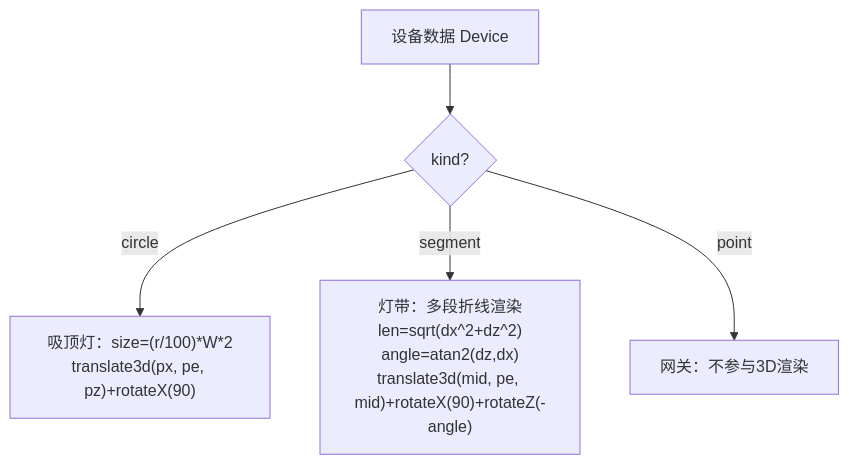
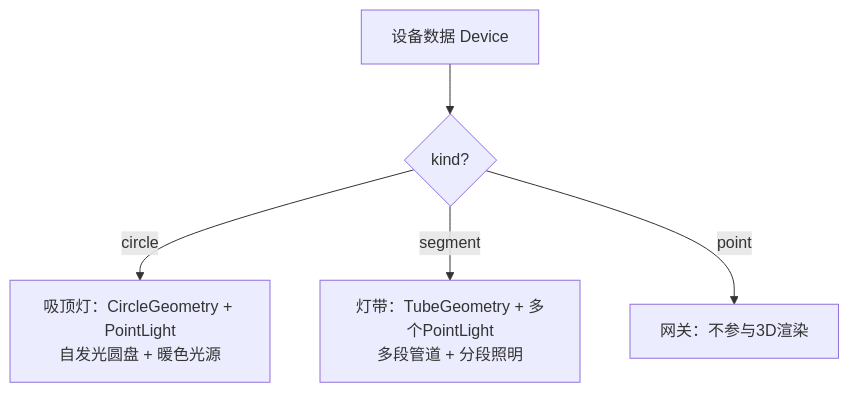
Before and after one commit to zh79325/opple-cloud-adapter: the fifth of 8 diagrams in .qoder/repowiki/zh/content/Web控制台/3D空间建模.md, drawn with Mermaid. The commit also changed other lines of this file and 30 other files, not shown here.

````diff
--- a/.qoder/repowiki/zh/content/Web控制台/3D空间建模.md
+++ b/.qoder/repowiki/zh/content/Web控制台/3D空间建模.md
@@ -189,7 +187,7 @@
 ```mermaid
 flowchart TD
 A["设备数据 Device"] --> K{"kind?"}
-K --> |circle| C["吸顶灯：size=(r/100)*W*2<br/>translate3d(px, pe, pz)+rotateX(90)"]
-K --> |segment| S["灯带：多段折线渲染<br/>len=sqrt(dx^2+dz^2)<br/>angle=atan2(dz,dx)<br/>translate3d(mid, pe, mid)+rotateX(90)+rotateZ(-angle)"]
+K --> |circle| C["吸顶灯：CircleGeometry + PointLight<br/>自发光圆盘 + 暖色光源"]
+K --> |segment| S["灯带：TubeGeometry + 多个PointLight<br/>多段管道 + 分段照明"]
 K --> |point| P["网关：不参与3D渲染"]
 ```
````
